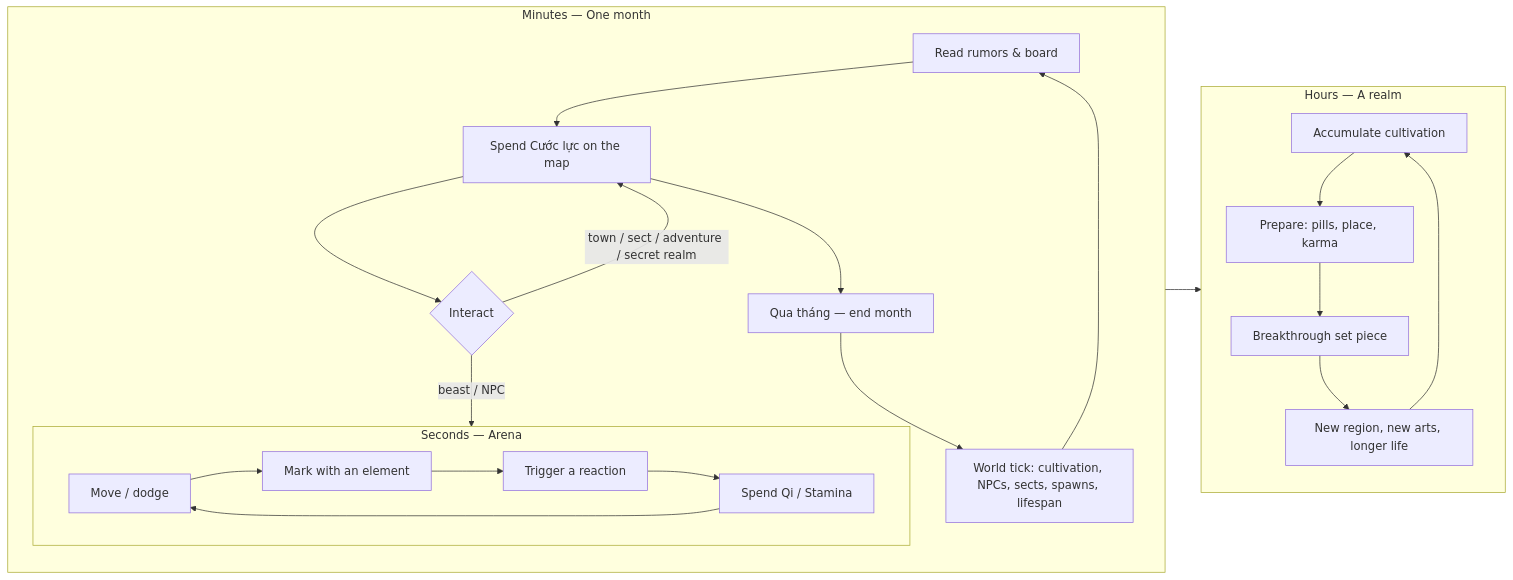
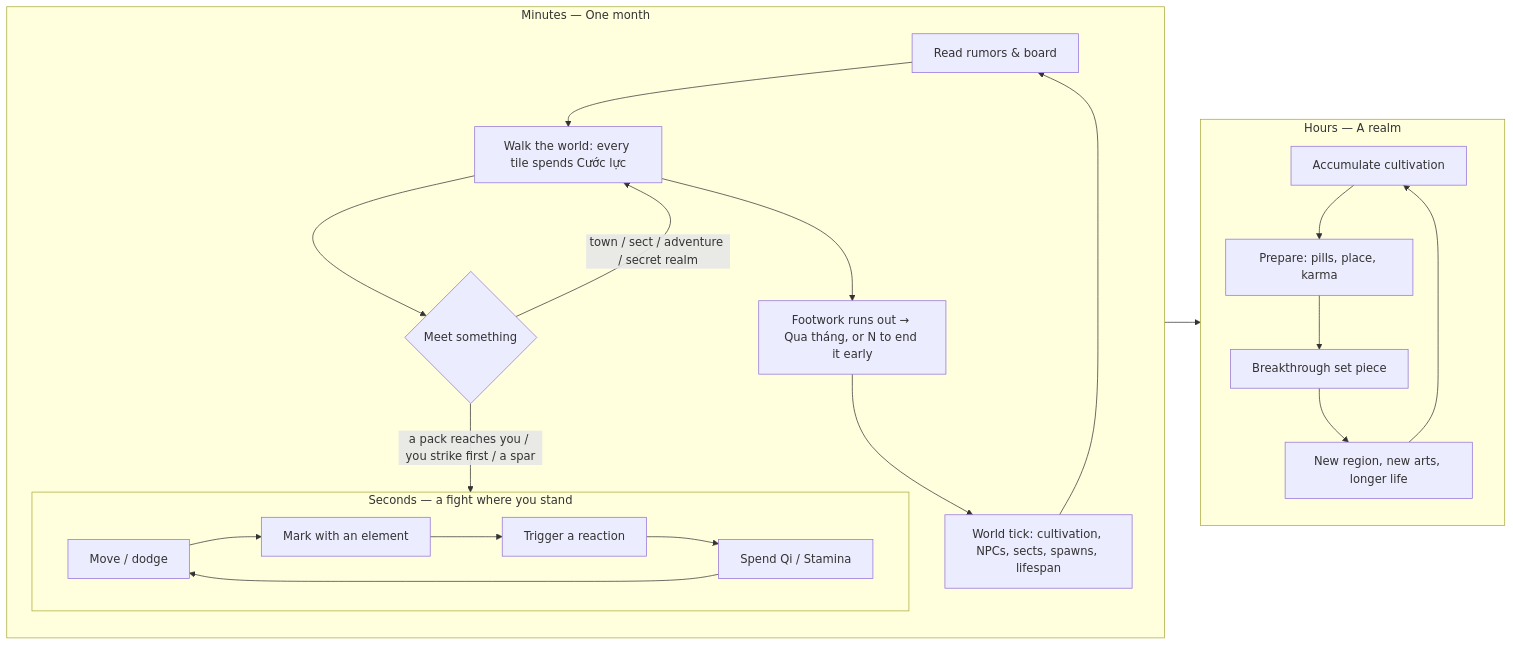
The diagram in design/GAME_DESIGN.md (haobui14/xianxia-rpg), drawn with Mermaid before and after one commit. The commit also changed other lines of this file and 100 other files, not shown here.

````diff
--- a/design/GAME_DESIGN.md
+++ b/design/GAME_DESIGN.md
@@ -111,25 +115,25 @@
 ```mermaid
 flowchart LR
-  subgraph Moment["Seconds — Arena"]
+  subgraph Moment["Seconds — a fight where you stand"]
     A1[Move / dodge] --> A2[Mark with an element]
     A2 --> A3[Trigger a reaction]
     A3 --> A4[Spend Qi / Stamina]
     A4 --> A1
   end
   subgraph Month["Minutes — One month"]
-    M1[Read rumors & board] --> M2[Spend Cước lực on the map]
-    M2 --> M3{Interact}
-    M3 -->|beast / NPC| Moment
+    M1[Read rumors & board] --> M2[Walk the world: every tile spends Cước lực]
+    M2 --> M3{Meet something}
+    M3 -->|a pack reaches you / you strike first / a spar| Moment
     M3 -->|town / sect / adventure / secret realm| M2
-    M2 --> M4[Qua tháng — end month]
+    M2 --> M4[Footwork runs out → Qua tháng, or N to end it early]
     M4 --> M5[World tick: cultivation, NPCs, sects, spawns, lifespan]
     M5 --> M1
   end
   subgraph Realm["Hours — A realm"]
     R1[Accumulate cultivation] --> R2[Prepare: pills, place, karma]
     R2 --> R3[Breakthrough set piece]
     R3 --> R4[New region, new arts, longer life]
     R4 --> R1
   end
   Month --> Realm
 ```
````
